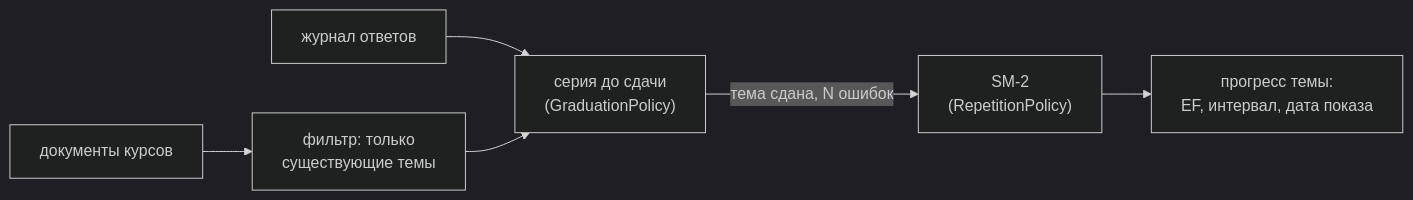
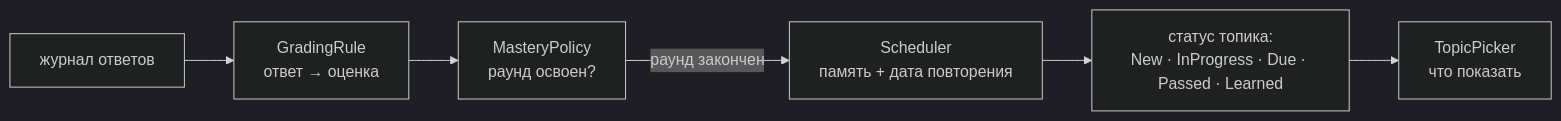
One commit to pyatkinmv/polylingy changed the second of 2 diagrams in docs/architecture.md. Above: the diagram before and after it, drawn with Mermaid (dark theme). The commit also changed other lines of this file and 11 other files, not shown here.

````diff
--- a/docs/architecture.md
+++ b/docs/architecture.md
@@ -180,8 +188,8 @@
 ```mermaid
 flowchart LR
-    J["журнал ответов"] --> S["серия до сдачи<br/>(GraduationPolicy)"]
-    S -->|тема сдана, N ошибок| R["SM-2<br/>(RepetitionPolicy)"]
-    R --> P["прогресс темы:<br/>EF, интервал, дата показа"]
-    C["документы курсов"] --> F["фильтр: только<br/>существующие темы"]
-    F --> S
+    J["журнал ответов"] --> G["GradingRule<br/>ответ → оценка"]
+    G --> M["MasteryPolicy<br/>раунд освоен?"]
+    M -->|раунд закончен| S["Scheduler<br/>память + дата повторения"]
+    S --> T["статус топика:<br/>New · InProgress · Due · Passed · Learned"]
+    T --> P["TopicPicker<br/>что показать"]
 ```
````
